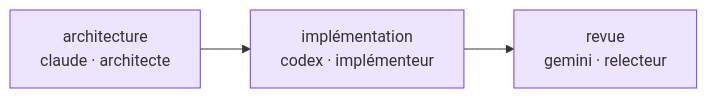
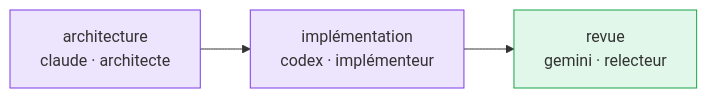
One commit to M8Shift/m8shift.github.io changed the diagram in docs/fr/guide/multi-agent.md. Above: the diagram before and after it, drawn with Mermaid. The commit also changed other lines of this file and 31 other files, not shown here.

First line of the commit message:
Colorize diagrams and add Mermaid illustrations across the site (EN + FR)

````diff
--- a/docs/fr/guide/multi-agent.md
+++ b/docs/fr/guide/multi-agent.md
@@ -29,7 +29,9 @@
 ```mermaid
 flowchart LR
     A["architecture<br/>claude · architecte"] --> I["implémentation<br/>codex · implémenteur"]
     I --> R["revue<br/>gemini · relecteur"]
-    classDef phase fill:#7c3aed22,stroke:#7c3aed;
-    class A,I,R phase;
+    classDef agent fill:#7c3aed22,stroke:#7c3aed;
+    classDef ok fill:#22c55e22,stroke:#16a34a;
+    class A,I agent;
+    class R ok;
 ```
````
